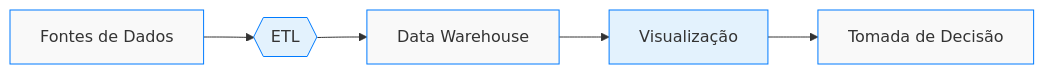
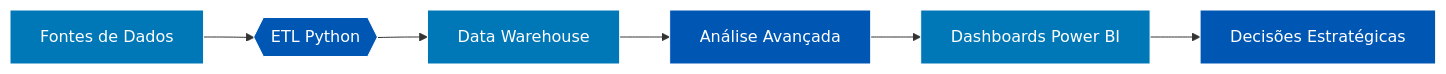
The second of 3 diagrams in README.md (ValorizaBIDados/ValorizaBIDados), drawn with Mermaid before and after one commit. The commit also changed other lines of this file, not shown here.

````diff
--- a/README.md
+++ b/README.md
@@ -69,12 +45,14 @@
 ```mermaid
 flowchart LR
-    A[Fontes de Dados] --> B{{ETL}}
+    A[Fontes de Dados] --> B{{ETL Python}}
     B --> C[Data Warehouse]
-    C --> D[Visualização]
-    D --> E[Tomada de Decisão]
-    style A fill:#f9f9f9,stroke:#007bff
-    style B fill:#e3f2fd,stroke:#007bff
-    style C fill:#f9f9f9,stroke:#007bff
-    style D fill:#e3f2fd,stroke:#007bff
-    style E fill:#f9f9f9,stroke:#007bff
+    C --> D[Análise Avançada]
+    D --> E[Dashboards Power BI]
+    E --> F[Decisões Estratégicas]
+    style A fill:#0077B6,stroke:#fff,color:#fff
+    style B fill:#0056b3,stroke:#fff,color:#fff
+    style C fill:#0077B6,stroke:#fff,color:#fff
+    style D fill:#0056b3,stroke:#fff,color:#fff
+    style E fill:#0077B6,stroke:#fff,color:#fff
+    style F fill:#0056b3,stroke:#fff,color:#fff
 ```
````
